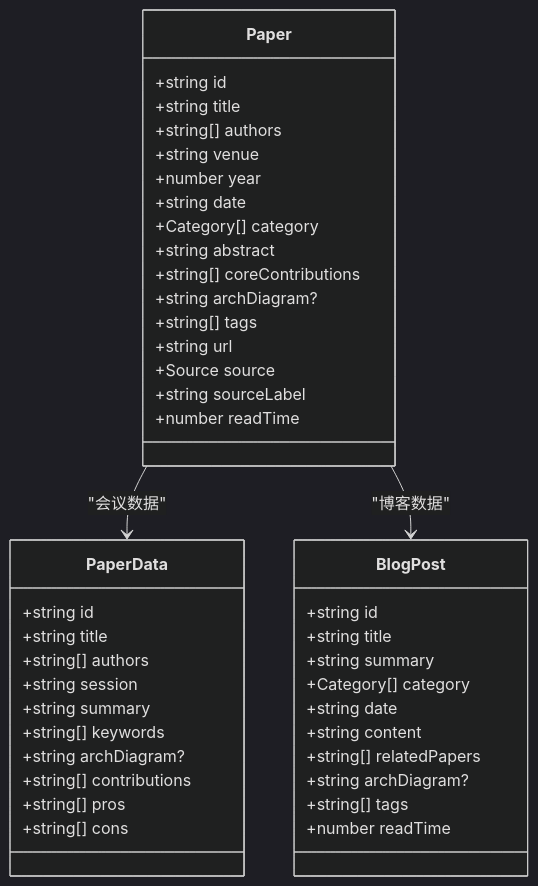
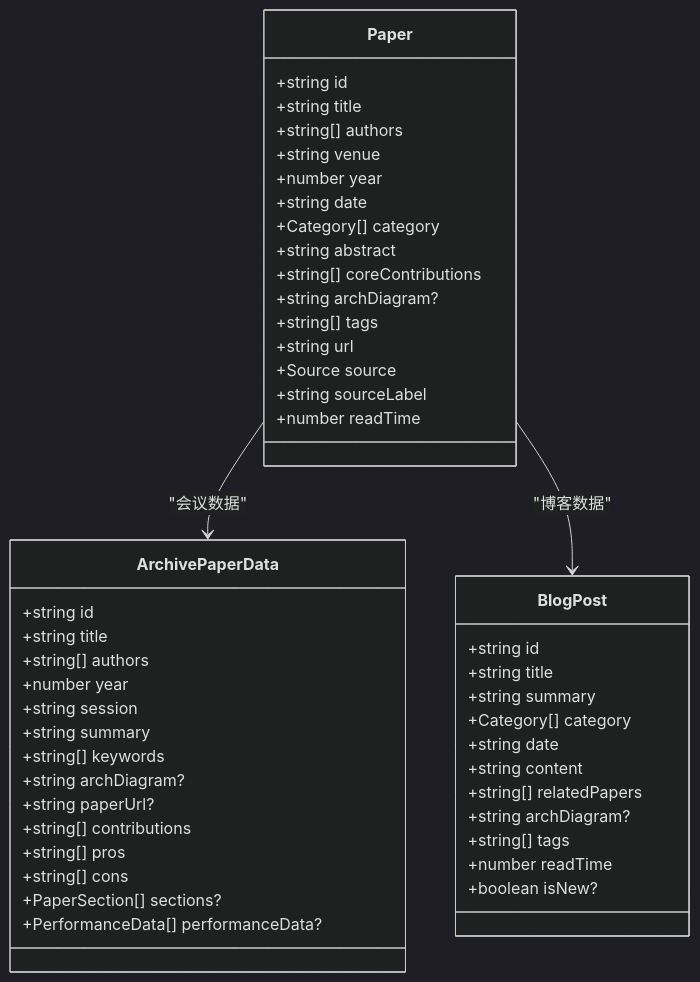
The eighth of 10 diagrams in .qoder/repowiki/zh/content/数据模型/论文数据模型.md (erikliu123/storage_ai_blog), drawn with Mermaid (dark theme) before and after one commit. The commit also changed other lines of this file and 61 other files, not shown here.

````diff
--- a/.qoder/repowiki/zh/content/数据模型/论文数据模型.md
+++ b/.qoder/repowiki/zh/content/数据模型/论文数据模型.md
@@ -429,46 +533,51 @@
 ```mermaid
 classDiagram
 class Paper {
 +string id
 +string title
 +string[] authors
 +string venue
 +number year
 +string date
 +Category[] category
 +string abstract
 +string[] coreContributions
 +string archDiagram?
 +string[] tags
 +string url
 +Source source
 +string sourceLabel
 +number readTime
 }
-class PaperData {
+class ArchivePaperData {
 +string id
 +string title
 +string[] authors
++number year
 +string session
 +string summary
 +string[] keywords
 +string archDiagram?
++string paperUrl?
 +string[] contributions
 +string[] pros
 +string[] cons
++PaperSection[] sections?
++PerformanceData[] performanceData?
 }
 class BlogPost {
 +string id
 +string title
 +string summary
 +Category[] category
 +string date
 +string content
 +string[] relatedPapers
 +string archDiagram?
 +string[] tags
 +number readTime
++boolean isNew?
 }
-Paper --> PaperData : "会议数据"
+Paper --> ArchivePaperData : "会议数据"
 Paper --> BlogPost : "博客数据"
 ```
````
